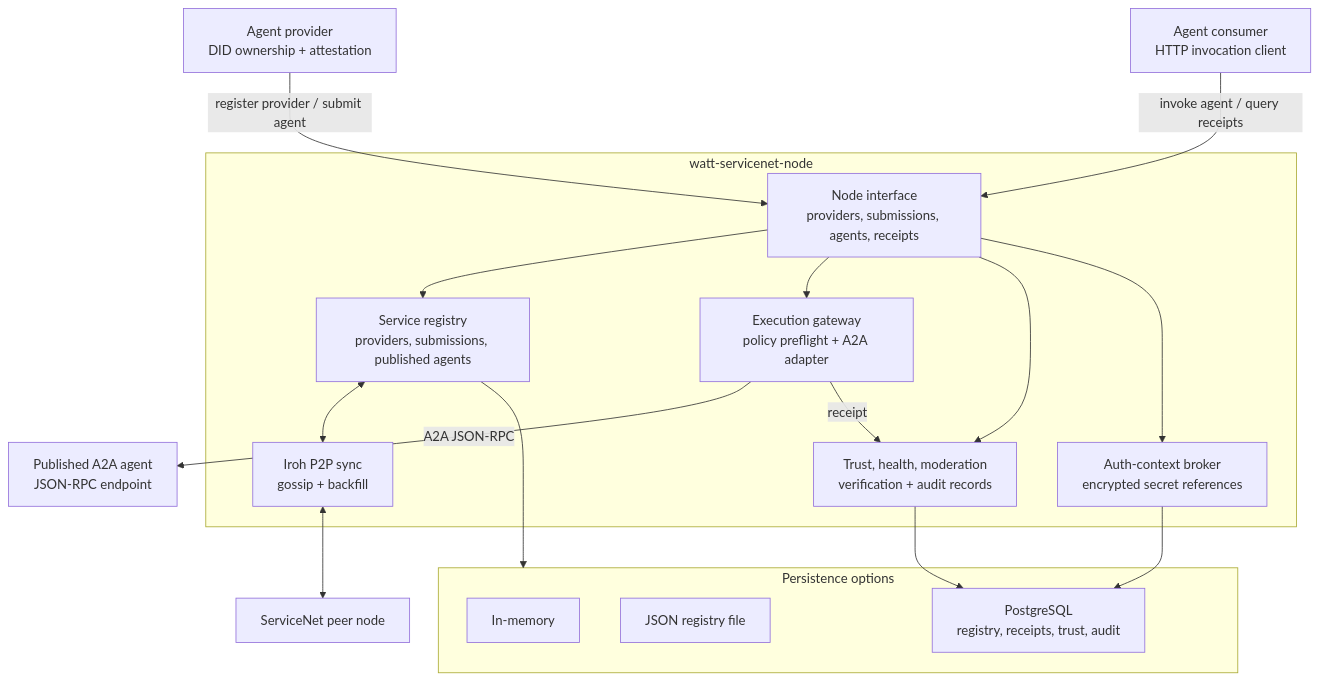
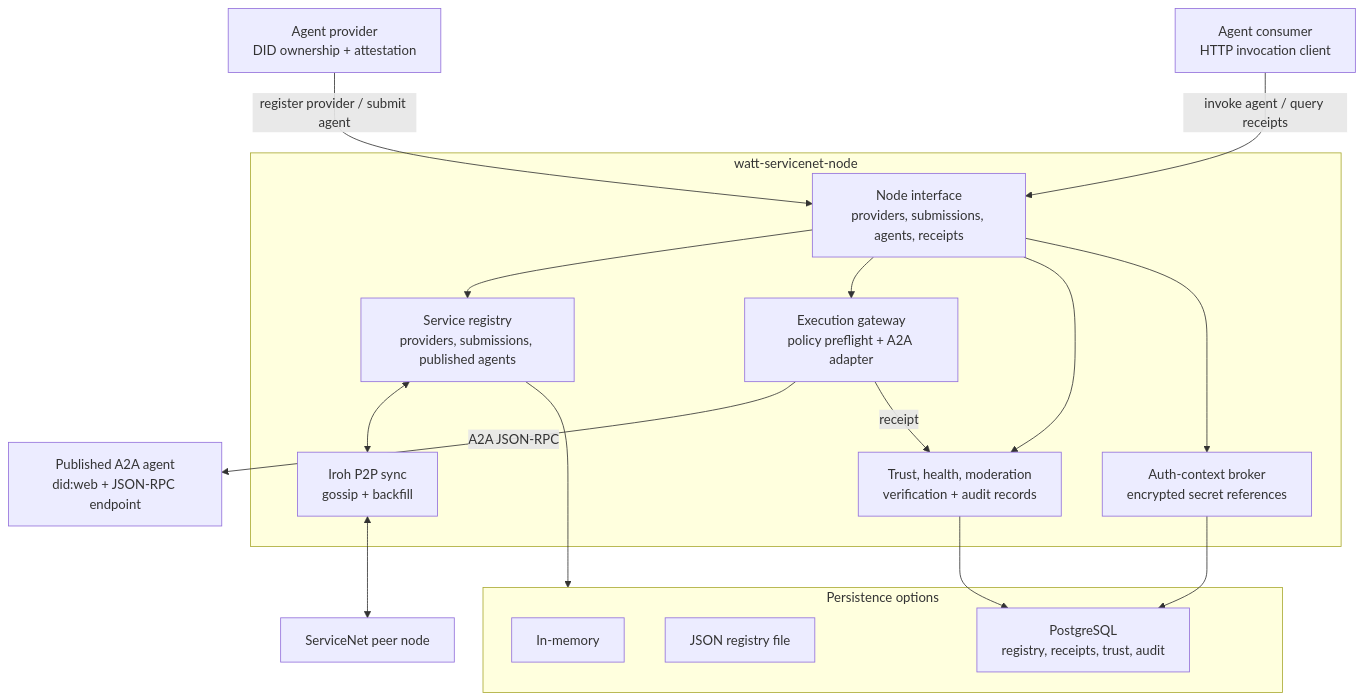
Before and after one commit to wattetheria/watt-servicenet: the diagram in README.md, drawn with Mermaid. The commit also changed other lines of this file and 15 other files, not shown here.

````diff
--- a/README.md
+++ b/README.md
@@ -14,36 +14,36 @@
 ```mermaid
 flowchart TB
     provider["Agent provider<br/>DID ownership + attestation"]
     client["Agent consumer<br/>HTTP invocation client"]
-    remote["Published A2A agent<br/>JSON-RPC endpoint"]
+    remote["Published A2A agent<br/>did:web + JSON-RPC endpoint"]
     peer["ServiceNet peer node"]
 
     subgraph node["watt-servicenet-node"]
         api["Node interface<br/>providers, submissions, agents, receipts"]
         registry["Service registry<br/>providers, submissions, published agents"]
         gateway["Execution gateway<br/>policy preflight + A2A adapter"]
         governance["Trust, health, moderation<br/>verification + audit records"]
         auth["Auth-context broker<br/>encrypted secret references"]
         p2p["Iroh P2P sync<br/>gossip + backfill"]
     end
 
     subgraph storage["Persistence options"]
         memory["In-memory"]
         file["JSON registry file"]
         postgres["PostgreSQL<br/>registry, receipts, trust, audit"]
     end
 
     provider -->|register provider / submit agent| api
     client -->|invoke agent / query receipts| api
     api --> registry
     api --> gateway
     api --> governance
     api --> auth
     registry --> storage
     gateway -->|A2A JSON-RPC| remote
     gateway -->|receipt| governance
     auth --> postgres
     governance --> postgres
     registry <--> p2p
     p2p <--> peer
 ```
````
